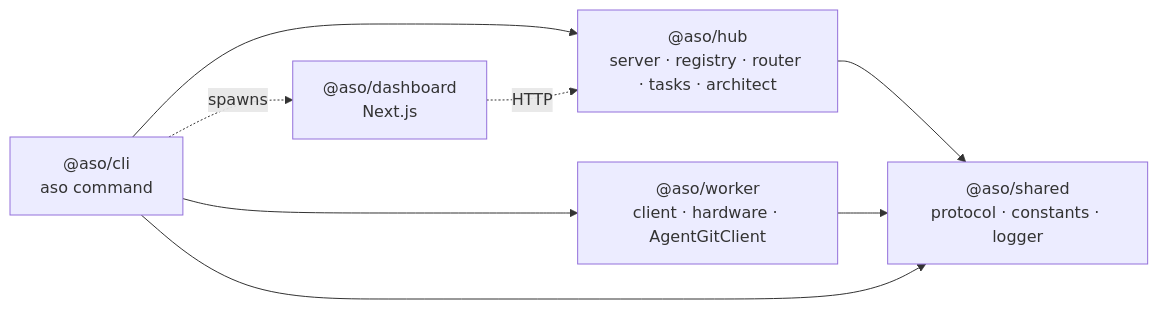
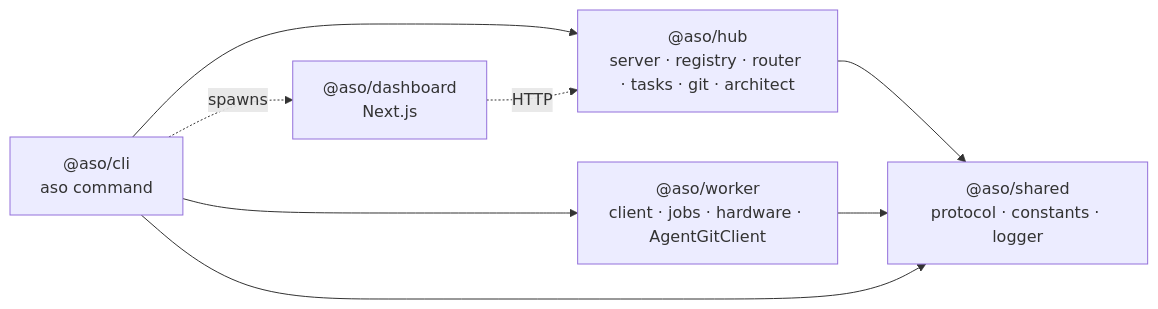
Before and after one commit to Sys64k/ai-swarm-orchestrator: the second of 10 diagrams in ARCHITECTURE.md, drawn with Mermaid. The commit also changed other lines of this file and 24 other files, not shown here.

````diff
--- a/ARCHITECTURE.md
+++ b/ARCHITECTURE.md
@@ -86,15 +102,15 @@
 ```mermaid
 flowchart LR
   shared["@aso/shared<br/>protocol · constants · logger"]
-  hub["@aso/hub<br/>server · registry · router · tasks · architect"]
-  worker["@aso/worker<br/>client · hardware · AgentGitClient"]
+  hub["@aso/hub<br/>server · registry · router · tasks · git · architect"]
+  worker["@aso/worker<br/>client · jobs · hardware · AgentGitClient"]
   cli["@aso/cli<br/>aso command"]
   dash["@aso/dashboard<br/>Next.js"]
   hub --> shared
   worker --> shared
   cli --> hub
   cli --> worker
   cli --> shared
   cli -. "spawns" .-> dash
   dash -. "HTTP" .-> hub
 ```
````
